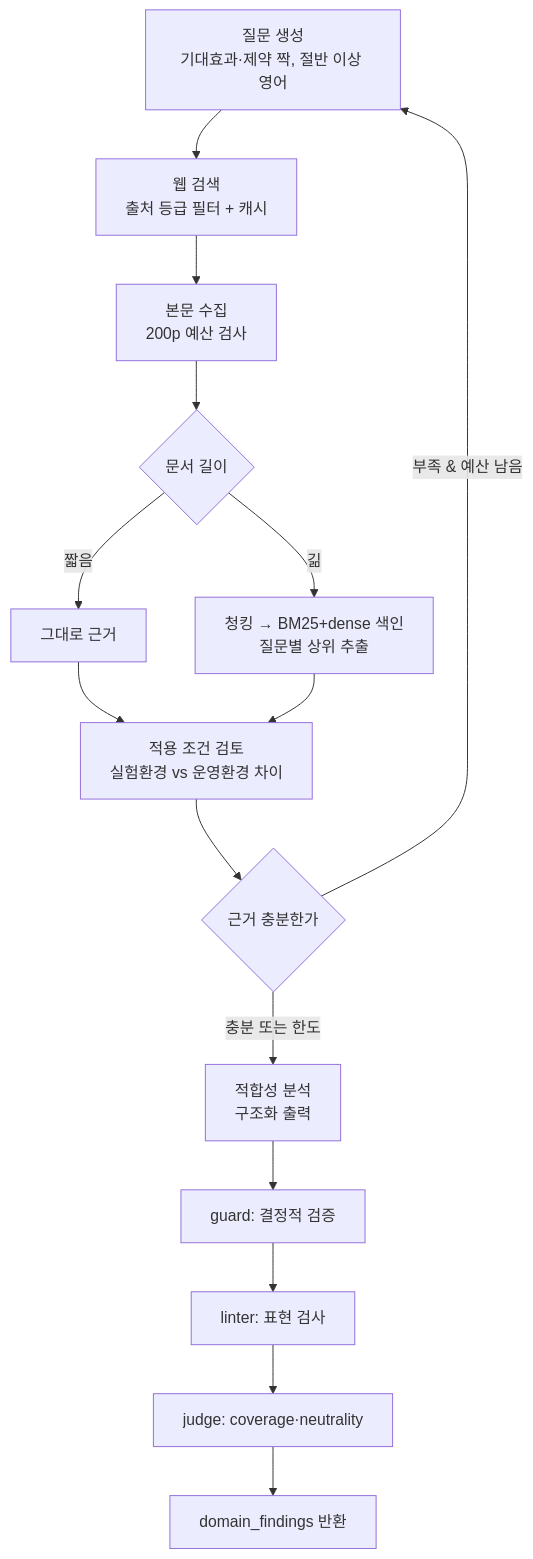
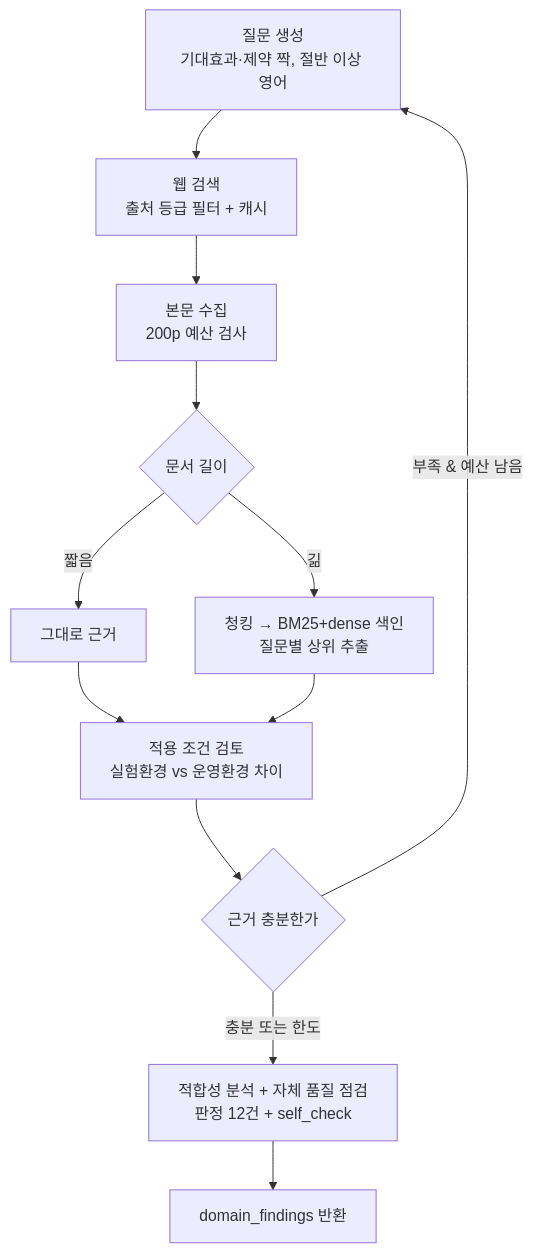
The diagram in docs/REPORT_domain_section.md (LOK-AeGS/kongjinho), drawn with Mermaid before and after one commit. The commit also changed other lines of this file and 27 other files, not shown here.

Commit message:
Fix domain agent AppState integration and quality flow

````diff
--- a/docs/REPORT_domain_section.md
+++ b/docs/REPORT_domain_section.md
@@ -185,17 +101,14 @@
 ```mermaid
 flowchart TD
     A[질문 생성<br/>기대효과·제약 짝, 절반 이상 영어] --> B[웹 검색<br/>출처 등급 필터 + 캐시]
     B --> C[본문 수집<br/>200p 예산 검사]
     C --> D{문서 길이}
     D -- 짧음 --> E[그대로 근거]
     D -- 긺 --> F[청킹 → BM25+dense 색인<br/>질문별 상위 추출]
     E --> G[적용 조건 검토<br/>실험환경 vs 운영환경 차이]
     F --> G
     G --> H{근거 충분한가}
     H -- 부족 & 예산 남음 --> A
-    H -- 충분 또는 한도 --> I[적합성 분석<br/>구조화 출력]
-    I --> J[guard: 결정적 검증]
-    J --> K[linter: 표현 검사]
-    K --> L[judge: coverage·neutrality]
-    L --> M[domain_findings 반환]
+    H -- 충분 또는 한도 --> I[적합성 분석 + 자체 품질 점검<br/>판정 12건 + self_check]
+    I --> J[domain_findings 반환]
 ```
````
